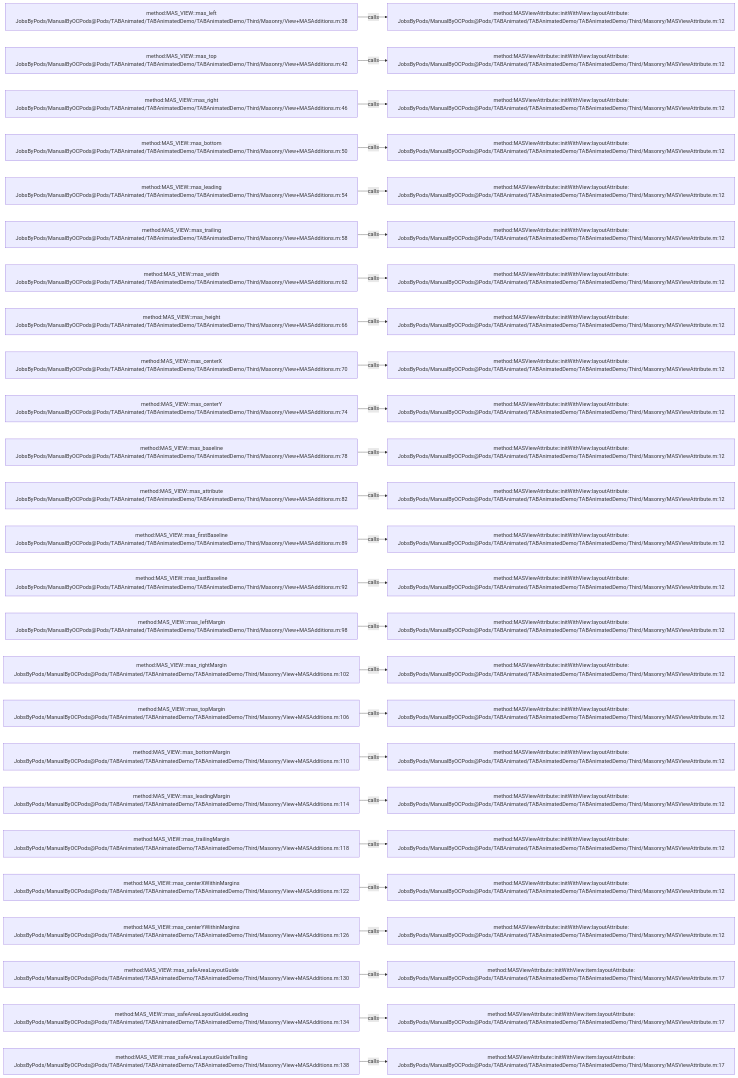
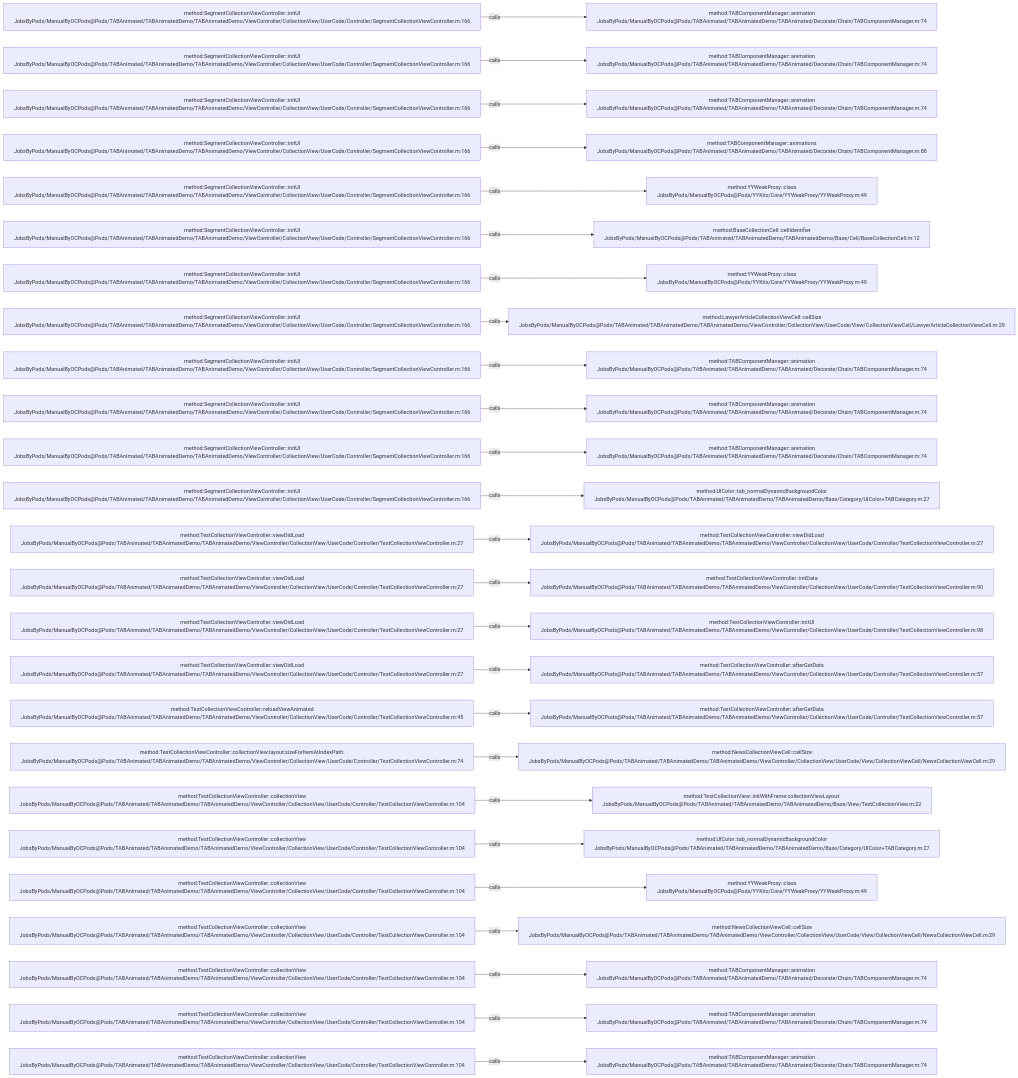
Before and after one commit to JobsKits/JobsOCBaseConfigDemo: the diagram in .codegraph/codegraph.md/graphs/calls-054.md, drawn with Mermaid. The commit also changed 1223 other files, not shown here.

````diff
--- a/.codegraph/codegraph.md/graphs/calls-054.md
+++ b/.codegraph/codegraph.md/graphs/calls-054.md
@@ -13,78 +13,78 @@
 ```mermaid
 flowchart LR
-  S1["method:MAS_VIEW::mas_left<br/>JobsByPods/ManualByOCPods@Pods/TABAnimated/TABAnimatedDemo/TABAnimatedDemo/Third/Masonry/View+MASAdditions.m:38"]
-  T1["method:MASViewAttribute::initWithView:layoutAttribute:<br/>JobsByPods/ManualByOCPods@Pods/TABAnimated/TABAnimatedDemo/TABAnimatedDemo/Third/Masonry/MASViewAttribute.m:12"]
+  S1["method:SegmentCollectionViewController::initUI<br/>JobsByPods/ManualByOCPods@Pods/TABAnimated/TABAnimatedDemo/TABAnimatedDemo/ViewController/CollectionView/UserCode/Controller/SegmentCollectionViewController.m:166"]
+  T1["method:TABComponentManager::animation<br/>JobsByPods/ManualByOCPods@Pods/TABAnimated/TABAnimatedDemo/TABAnimated/Decorate/Chain/TABComponentManager.m:74"]
   S1 -->|calls| T1
-  S2["method:MAS_VIEW::mas_top<br/>JobsByPods/ManualByOCPods@Pods/TABAnimated/TABAnimatedDemo/TABAnimatedDemo/Third/Masonry/View+MASAdditions.m:42"]
-  T2["method:MASViewAttribute::initWithView:layoutAttribute:<br/>JobsByPods/ManualByOCPods@Pods/TABAnimated/TABAnimatedDemo/TABAnimatedDemo/Third/Masonry/MASViewAttribute.m:12"]
+  S2["method:SegmentCollectionViewController::initUI<br/>JobsByPods/ManualByOCPods@Pods/TABAnimated/TABAnimatedDemo/TABAnimatedDemo/ViewController/CollectionView/UserCode/Controller/SegmentCollectionViewController.m:166"]
+  T2["method:TABComponentManager::animation<br/>JobsByPods/ManualByOCPods@Pods/TABAnimated/TABAnimatedDemo/TABAnimated/Decorate/Chain/TABComponentManager.m:74"]
   S2 -->|calls| T2
-  S3["method:MAS_VIEW::mas_right<br/>JobsByPods/ManualByOCPods@Pods/TABAnimated/TABAnimatedDemo/TABAnimatedDemo/Third/Masonry/View+MASAdditions.m:46"]
-  T3["method:MASViewAttribute::initWithView:layoutAttribute:<br/>JobsByPods/ManualByOCPods@Pods/TABAnimated/TABAnimatedDemo/TABAnimatedDemo/Third/Masonry/MASViewAttribute.m:12"]
+  S3["method:SegmentCollectionViewController::initUI<br/>JobsByPods/ManualByOCPods@Pods/TABAnimated/TABAnimatedDemo/TABAnimatedDemo/ViewController/CollectionView/UserCode/Controller/SegmentCollectionViewController.m:166"]
+  T3["method:TABComponentManager::animation<br/>JobsByPods/ManualByOCPods@Pods/TABAnimated/TABAnimatedDemo/TABAnimated/Decorate/Chain/TABComponentManager.m:74"]
   S3 -->|calls| T3
-  S4["method:MAS_VIEW::mas_bottom<br/>JobsByPods/ManualByOCPods@Pods/TABAnimated/TABAnimatedDemo/TABAnimatedDemo/Third/Masonry/View+MASAdditions.m:50"]
-  T4["method:MASViewAttribute::initWithView:layoutAttribute:<br/>JobsByPods/ManualByOCPods@Pods/TABAnimated/TABAnimatedDemo/TABAnimatedDemo/Third/Masonry/MASViewAttribute.m:12"]
+  S4["method:SegmentCollectionViewController::initUI<br/>JobsByPods/ManualByOCPods@Pods/TABAnimated/TABAnimatedDemo/TABAnimatedDemo/ViewController/CollectionView/UserCode/Controller/SegmentCollectionViewController.m:166"]
+  T4["method:TABComponentManager::animations<br/>JobsByPods/ManualByOCPods@Pods/TABAnimated/TABAnimatedDemo/TABAnimated/Decorate/Chain/TABComponentManager.m:88"]
   S4 -->|calls| T4
-  S5["method:MAS_VIEW::mas_leading<br/>JobsByPods/ManualByOCPods@Pods/TABAnimated/TABAnimatedDemo/TABAnimatedDemo/Third/Masonry/View+MASAdditions.m:54"]
-  T5["method:MASViewAttribute::initWithView:layoutAttribute:<br/>JobsByPods/ManualByOCPods@Pods/TABAnimated/TABAnimatedDemo/TABAnimatedDemo/Third/Masonry/MASViewAttribute.m:12"]
+  S5["method:SegmentCollectionViewController::initUI<br/>JobsByPods/ManualByOCPods@Pods/TABAnimated/TABAnimatedDemo/TABAnimatedDemo/ViewController/CollectionView/UserCode/Controller/SegmentCollectionViewController.m:166"]
+  T5["method:YYWeakProxy::class<br/>JobsByPods/ManualByOCPods@Pods/YYKits/Core/YYWeakProxy/YYWeakProxy.m:49"]
   S5 -->|calls| T5
-  S6["method:MAS_VIEW::mas_trailing<br/>JobsByPods/ManualByOCPods@Pods/TABAnimated/TABAnimatedDemo/TABAnimatedDemo/Third/Masonry/View+MASAdditions.m:58"]
-  T6["method:MASViewAttribute::initWithView:layoutAttribute:<br/>JobsByPods/ManualByOCPods@Pods/TABAnimated/TABAnimatedDemo/TABAnimatedDemo/Third/Masonry/MASViewAttribute.m:12"]
+  S6["method:SegmentCollectionViewController::initUI<br/>JobsByPods/ManualByOCPods@Pods/TABAnimated/TABAnimatedDemo/TABAnimatedDemo/ViewController/CollectionView/UserCode/Controller/SegmentCollectionViewController.m:166"]
+  T6["method:BaseCollectionCell::cellIdentifier<br/>JobsByPods/ManualByOCPods@Pods/TABAnimated/TABAnimatedDemo/TABAnimatedDemo/Base/Cell/BaseCollectionCell.m:12"]
   S6 -->|calls| T6
-  S7["method:MAS_VIEW::mas_width<br/>JobsByPods/ManualByOCPods@Pods/TABAnimated/TABAnimatedDemo/TABAnimatedDemo/Third/Masonry/View+MASAdditions.m:62"]
-  T7["method:MASViewAttribute::initWithView:layoutAttribute:<br/>JobsByPods/ManualByOCPods@Pods/TABAnimated/TABAnimatedDemo/TABAnimatedDemo/Third/Masonry/MASViewAttribute.m:12"]
+  S7["method:SegmentCollectionViewController::initUI<br/>JobsByPods/ManualByOCPods@Pods/TABAnimated/TABAnimatedDemo/TABAnimatedDemo/ViewController/CollectionView/UserCode/Controller/SegmentCollectionViewController.m:166"]
+  T7["method:YYWeakProxy::class<br/>JobsByPods/ManualByOCPods@Pods/YYKits/Core/YYWeakProxy/YYWeakProxy.m:49"]
   S7 -->|calls| T7
-  S8["method:MAS_VIEW::mas_height<br/>JobsByPods/ManualByOCPods@Pods/TABAnimated/TABAnimatedDemo/TABAnimatedDemo/Third/Masonry/View+MASAdditions.m:66"]
-  T8["method:MASViewAttribute::initWithView:layoutAttribute:<br/>JobsByPods/ManualByOCPods@Pods/TABAnimated/TABAnimatedDemo/TABAnimatedDemo/Third/Masonry/MASViewAttribute.m:12"]
+  S8["method:SegmentCollectionViewController::initUI<br/>JobsByPods/ManualByOCPods@Pods/TABAnimated/TABAnimatedDemo/TABAnimatedDemo/ViewController/CollectionView/UserCode/Controller/SegmentCollectionViewController.m:166"]
+  T8["method:LawyerArticleCollectionViewCell::cellSize<br/>JobsByPods/ManualByOCPods@Pods/TABAnimated/TABAnimatedDemo/TABAnimatedDemo/ViewController/CollectionView/UserCode/View/CollectionViewCell/LawyerArticleCollectionViewCell.m:29"]
   S8 -->|calls| T8
-  S9["method:MAS_VIEW::mas_centerX<br/>JobsByPods/ManualByOCPods@Pods/TABAnimated/TABAnimatedDemo/TABAnimatedDemo/Third/Masonry/View+MASAdditions.m:70"]
-  T9["method:MASViewAttribute::initWithView:layoutAttribute:<br/>JobsByPods/ManualByOCPods@Pods/TABAnimated/TABAnimatedDemo/TABAnimatedDemo/Third/Masonry/MASViewAttribute.m:12"]
+  S9["method:SegmentCollectionViewController::initUI<br/>JobsByPods/ManualByOCPods@Pods/TABAnimated/TABAnimatedDemo/TABAnimatedDemo/ViewController/CollectionView/UserCode/Controller/SegmentCollectionViewController.m:166"]
+  T9["method:TABComponentManager::animation<br/>JobsByPods/ManualByOCPods@Pods/TABAnimated/TABAnimatedDemo/TABAnimated/Decorate/Chain/TABComponentManager.m:74"]
   S9 -->|calls| T9
-  S10["method:MAS_VIEW::mas_centerY<br/>JobsByPods/ManualByOCPods@Pods/TABAnimated/TABAnimatedDemo/TABAnimatedDemo/Third/Masonry/View+MASAdditions.m:74"]
-  T10["method:MASViewAttribute::initWithView:layoutAttribute:<br/>JobsByPods/ManualByOCPods@Pods/TABAnimated/TABAnimatedDemo/TABAnimatedDemo/Third/Masonry/MASViewAttribute.m:12"]
+  S10["method:SegmentCollectionViewController::initUI<br/>JobsByPods/ManualByOCPods@Pods/TABAnimated/TABAnimatedDemo/TABAnimatedDemo/ViewController/CollectionView/UserCode/Controller/SegmentCollectionViewController.m:166"]
+  T10["method:TABComponentManager::animation<br/>JobsByPods/ManualByOCPods@Pods/TABAnimated/TABAnimatedDemo/TABAnimated/Decorate/Chain/TABComponentManager.m:74"]
   S10 -->|calls| T10
-  S11["method:MAS_VIEW::mas_baseline<br/>JobsByPods/ManualByOCPods@Pods/TABAnimated/TABAnimatedDemo/TABAnimatedDemo/Third/Masonry/View+MASAdditions.m:78"]
-  T11["method:MASViewAttribute::initWithView:layoutAttribute:<br/>JobsByPods/ManualByOCPods@Pods/TABAnimated/TABAnimatedDemo/TABAnimatedDemo/Third/Masonry/MASViewAttribute.m:12"]
+  S11["method:SegmentCollectionViewController::initUI<br/>JobsByPods/ManualByOCPods@Pods/TABAnimated/TABAnimatedDemo/TABAnimatedDemo/ViewController/CollectionView/UserCode/Controller/SegmentCollectionViewController.m:166"]
+  T11["method:TABComponentManager::animation<br/>JobsByPods/ManualByOCPods@Pods/TABAnimated/TABAnimatedDemo/TABAnimated/Decorate/Chain/TABComponentManager.m:74"]
   S11 -->|calls| T11
-  S12["method:MAS_VIEW::mas_attribute<br/>JobsByPods/ManualByOCPods@Pods/TABAnimated/TABAnimatedDemo/TABAnimatedDemo/Third/Masonry/View+MASAdditions.m:82"]
-  T12["method:MASViewAttribute::initWithView:layoutAttribute:<br/>JobsByPods/ManualByOCPods@Pods/TABAnimated/TABAnimatedDemo/TABAnimatedDemo/Third/Masonry/MASViewAttribute.m:12"]
+  S12["method:SegmentCollectionViewController::initUI<br/>JobsByPods/ManualByOCPods@Pods/TABAnimated/TABAnimatedDemo/TABAnimatedDemo/ViewController/CollectionView/UserCode/Controller/SegmentCollectionViewController.m:166"]
+  T12["method:UIColor::tab_normalDynamicBackgroundColor<br/>JobsByPods/ManualByOCPods@Pods/TABAnimated/TABAnimatedDemo/TABAnimatedDemo/Base/Category/UIColor+TABCategory.m:27"]
   S12 -->|calls| T12
-  S13["method:MAS_VIEW::mas_firstBaseline<br/>JobsByPods/ManualByOCPods@Pods/TABAnimated/TABAnimatedDemo/TABAnimatedDemo/Third/Masonry/View+MASAdditions.m:89"]
-  T13["method:MASViewAttribute::initWithView:layoutAttribute:<br/>JobsByPods/ManualByOCPods@Pods/TABAnimated/TABAnimatedDemo/TABAnimatedDemo/Third/Masonry/MASViewAttribute.m:12"]
+  S13["method:TestCollectionViewController::viewDidLoad<br/>JobsByPods/ManualByOCPods@Pods/TABAnimated/TABAnimatedDemo/TABAnimatedDemo/ViewController/CollectionView/UserCode/Controller/TestCollectionViewController.m:27"]
+  T13["method:TestCollectionViewController::viewDidLoad<br/>JobsByPods/ManualByOCPods@Pods/TABAnimated/TABAnimatedDemo/TABAnimatedDemo/ViewController/CollectionView/UserCode/Controller/TestCollectionViewController.m:27"]
   S13 -->|calls| T13
-  S14["method:MAS_VIEW::mas_lastBaseline<br/>JobsByPods/ManualByOCPods@Pods/TABAnimated/TABAnimatedDemo/TABAnimatedDemo/Third/Masonry/View+MASAdditions.m:92"]
-  T14["method:MASViewAttribute::initWithView:layoutAttribute:<br/>JobsByPods/ManualByOCPods@Pods/TABAnimated/TABAnimatedDemo/TABAnimatedDemo/Third/Masonry/MASViewAttribute.m:12"]
+  S14["method:TestCollectionViewController::viewDidLoad<br/>JobsByPods/ManualByOCPods@Pods/TABAnimated/TABAnimatedDemo/TABAnimatedDemo/ViewController/CollectionView/UserCode/Controller/TestCollectionViewController.m:27"]
+  T14["method:TestCollectionViewController::initData<br/>JobsByPods/ManualByOCPods@Pods/TABAnimated/TABAnimatedDemo/TABAnimatedDemo/ViewController/CollectionView/UserCode/Controller/TestCollectionViewController.m:90"]
   S14 -->|calls| T14
-  S15["method:MAS_VIEW::mas_leftMargin<br/>JobsByPods/ManualByOCPods@Pods/TABAnimated/TABAnimatedDemo/TABAnimatedDemo/Third/Masonry/View+MASAdditions.m:98"]
-  T15["method:MASViewAttribute::initWithView:layoutAttribute:<br/>JobsByPods/ManualByOCPods@Pods/TABAnimated/TABAnimatedDemo/TABAnimatedDemo/Third/Masonry/MASViewAttribute.m:12"]
+  S15["method:TestCollectionViewController::viewDidLoad<br/>JobsByPods/ManualByOCPods@Pods/TABAnimated/TABAnimatedDemo/TABAnimatedDemo/ViewController/CollectionView/UserCode/Controller/TestCollectionViewController.m:27"]
+  T15["method:TestCollectionViewController::initUI<br/>JobsByPods/ManualByOCPods@Pods/TABAnimated/TABAnimatedDemo/TABAnimatedDemo/ViewController/CollectionView/UserCode/Controller/TestCollectionViewController.m:98"]
   S15 -->|calls| T15
-  S16["method:MAS_VIEW::mas_rightMargin<br/>JobsByPods/ManualByOCPods@Pods/TABAnimated/TABAnimatedDemo/TABAnimatedDemo/Third/Masonry/View+MASAdditions.m:102"]
-  T16["method:MASViewAttribute::initWithView:layoutAttribute:<br/>JobsByPods/ManualByOCPods@Pods/TABAnimated/TABAnimatedDemo/TABAnimatedDemo/Third/Masonry/MASViewAttribute.m:12"]
+  S16["method:TestCollectionViewController::viewDidLoad<br/>JobsByPods/ManualByOCPods@Pods/TABAnimated/TABAnimatedDemo/TABAnimatedDemo/ViewController/CollectionView/UserCode/Controller/TestCollectionViewController.m:27"]
+  T16["method:TestCollectionViewController::afterGetData<br/>JobsByPods/ManualByOCPods@Pods/TABAnimated/TABAnimatedDemo/TABAnimatedDemo/ViewController/CollectionView/UserCode/Controller/TestCollectionViewController.m:57"]
   S16 -->|calls| T16
-  S17["method:MAS_VIEW::mas_topMargin<br/>JobsByPods/ManualByOCPods@Pods/TABAnimated/TABAnimatedDemo/TABAnimatedDemo/Third/Masonry/View+MASAdditions.m:106"]
-  T17["method:MASViewAttribute::initWithView:layoutAttribute:<br/>JobsByPods/ManualByOCPods@Pods/TABAnimated/TABAnimatedDemo/TABAnimatedDemo/Third/Masonry/MASViewAttribute.m:12"]
+  S17["method:TestCollectionViewController::reloadViewAnimated<br/>JobsByPods/ManualByOCPods@Pods/TABAnimated/TABAnimatedDemo/TABAnimatedDemo/ViewController/CollectionView/UserCode/Controller/TestCollectionViewController.m:45"]
+  T17["method:TestCollectionViewController::afterGetData<br/>JobsByPods/ManualByOCPods@Pods/TABAnimated/TABAnimatedDemo/TABAnimatedDemo/ViewController/CollectionView/UserCode/Controller/TestCollectionViewController.m:57"]
   S17 -->|calls| T17
-  S18["method:MAS_VIEW::mas_bottomMargin<br/>JobsByPods/ManualByOCPods@Pods/TABAnimated/TABAnimatedDemo/TABAnimatedDemo/Third/Masonry/View+MASAdditions.m:110"]
-  T18["method:MASViewAttribute::initWithView:layoutAttribute:<br/>JobsByPods/ManualByOCPods@Pods/TABAnimated/TABAnimatedDemo/TABAnimatedDemo/Third/Masonry/MASViewAttribute.m:12"]
+  S18["method:TestCollectionViewController::collectionView:layout:sizeForItemAtIndexPath:<br/>JobsByPods/ManualByOCPods@Pods/TABAnimated/TABAnimatedDemo/TABAnimatedDemo/ViewController/CollectionView/UserCode/Controller/TestCollectionViewController.m:74"]
+  T18["method:NewsCollectionViewCell::cellSize<br/>JobsByPods/ManualByOCPods@Pods/TABAnimated/TABAnimatedDemo/TABAnimatedDemo/ViewController/CollectionView/UserCode/View/CollectionViewCell/NewsCollectionViewCell.m:29"]
   S18 -->|calls| T18
-  S19["method:MAS_VIEW::mas_leadingMargin<br/>JobsByPods/ManualByOCPods@Pods/TABAnimated/TABAnimatedDemo/TABAnimatedDemo/Third/Masonry/View+MASAdditions.m:114"]
-  T19["method:MASViewAttribute::initWithView:layoutAttribute:<br/>JobsByPods/ManualByOCPods@Pods/TABAnimated/TABAnimatedDemo/TABAnimatedDemo/Third/Masonry/MASViewAttribute.m:12"]
+  S19["method:TestCollectionViewController::collectionView<br/>JobsByPods/ManualByOCPods@Pods/TABAnimated/TABAnimatedDemo/TABAnimatedDemo/ViewController/CollectionView/UserCode/Controller/TestCollectionViewController.m:104"]
+  T19["method:TestCollectionView::initWithFrame:collectionViewLayout:<br/>JobsByPods/ManualByOCPods@Pods/TABAnimated/TABAnimatedDemo/TABAnimatedDemo/Base/View/TestCollectionView.m:22"]
   S19 -->|calls| T19
-  S20["method:MAS_VIEW::mas_trailingMargin<br/>JobsByPods/ManualByOCPods@Pods/TABAnimated/TABAnimatedDemo/TABAnimatedDemo/Third/Masonry/View+MASAdditions.m:118"]
-  T20["method:MASViewAttribute::initWithView:layoutAttribute:<br/>JobsByPods/ManualByOCPods@Pods/TABAnimated/TABAnimatedDemo/TABAnimatedDemo/Third/Masonry/MASViewAttribute.m:12"]
+  S20["method:TestCollectionViewController::collectionView<br/>JobsByPods/ManualByOCPods@Pods/TABAnimated/TABAnimatedDemo/TABAnimatedDemo/ViewController/CollectionView/UserCode/Controller/TestCollectionViewController.m:104"]
+  T20["method:UIColor::tab_normalDynamicBackgroundColor<br/>JobsByPods/ManualByOCPods@Pods/TABAnimated/TABAnimatedDemo/TABAnimatedDemo/Base/Category/UIColor+TABCategory.m:27"]
   S20 -->|calls| T20
-  S21["method:MAS_VIEW::mas_centerXWithinMargins<br/>JobsByPods/ManualByOCPods@Pods/TABAnimated/TABAnimatedDemo/TABAnimatedDemo/Third/Masonry/View+MASAdditions.m:122"]
-  T21["method:MASViewAttribute::initWithView:layoutAttribute:<br/>JobsByPods/ManualByOCPods@Pods/TABAnimated/TABAnimatedDemo/TABAnimatedDemo/Third/Masonry/MASViewAttribute.m:12"]
+  S21["method:TestCollectionViewController::collectionView<br/>JobsByPods/ManualByOCPods@Pods/TABAnimated/TABAnimatedDemo/TABAnimatedDemo/ViewController/CollectionView/UserCode/Controller/TestCollectionViewController.m:104"]
+  T21["method:YYWeakProxy::class<br/>JobsByPods/ManualByOCPods@Pods/YYKits/Core/YYWeakProxy/YYWeakProxy.m:49"]
   S21 -->|calls| T21
-  S22["method:MAS_VIEW::mas_centerYWithinMargins<br/>JobsByPods/ManualByOCPods@Pods/TABAnimated/TABAnimatedDemo/TABAnimatedDemo/Third/Masonry/View+MASAdditions.m:126"]
-  T22["method:MASViewAttribute::initWithView:layoutAttribute:<br/>JobsByPods/ManualByOCPods@Pods/TABAnimated/TABAnimatedDemo/TABAnimatedDemo/Third/Masonry/MASViewAttribute.m:12"]
+  S22["method:TestCollectionViewController::collectionView<br/>JobsByPods/ManualByOCPods@Pods/TABAnimated/TABAnimatedDemo/TABAnimatedDemo/ViewController/CollectionView/UserCode/Controller/TestCollectionViewController.m:104"]
+  T22["method:NewsCollectionViewCell::cellSize<br/>JobsByPods/ManualByOCPods@Pods/TABAnimated/TABAnimatedDemo/TABAnimatedDemo/ViewController/CollectionView/UserCode/View/CollectionViewCell/NewsCollectionViewCell.m:29"]
   S22 -->|calls| T22
-  S23["method:MAS_VIEW::mas_safeAreaLayoutGuide<br/>JobsByPods/ManualByOCPods@Pods/TABAnimated/TABAnimatedDemo/TABAnimatedDemo/Third/Masonry/View+MASAdditions.m:130"]
-  T23["method:MASViewAttribute::initWithView:item:layoutAttribute:<br/>JobsByPods/ManualByOCPods@Pods/TABAnimated/TABAnimatedDemo/TABAnimatedDemo/Third/Masonry/MASViewAttribute.m:17"]
+  S23["method:TestCollectionViewController::collectionView<br/>JobsByPods/ManualByOCPods@Pods/TABAnimated/TABAnimatedDemo/TABAnimatedDemo/ViewController/CollectionView/UserCode/Controller/TestCollectionViewController.m:104"]
+  T23["method:TABComponentManager::animation<br/>JobsByPods/ManualByOCPods@Pods/TABAnimated/TABAnimatedDemo/TABAnimated/Decorate/Chain/TABComponentManager.m:74"]
   S23 -->|calls| T23
-  S24["method:MAS_VIEW::mas_safeAreaLayoutGuideLeading<br/>JobsByPods/ManualByOCPods@Pods/TABAnimated/TABAnimatedDemo/TABAnimatedDemo/Third/Masonry/View+MASAdditions.m:134"]
-  T24["method:MASViewAttribute::initWithView:item:layoutAttribute:<br/>JobsByPods/ManualByOCPods@Pods/TABAnimated/TABAnimatedDemo/TABAnimatedDemo/Third/Masonry/MASViewAttribute.m:17"]
+  S24["method:TestCollectionViewController::collectionView<br/>JobsByPods/ManualByOCPods@Pods/TABAnimated/TABAnimatedDemo/TABAnimatedDemo/ViewController/CollectionView/UserCode/Controller/TestCollectionViewController.m:104"]
+  T24["method:TABComponentManager::animation<br/>JobsByPods/ManualByOCPods@Pods/TABAnimated/TABAnimatedDemo/TABAnimated/Decorate/Chain/TABComponentManager.m:74"]
   S24 -->|calls| T24
-  S25["method:MAS_VIEW::mas_safeAreaLayoutGuideTrailing<br/>JobsByPods/ManualByOCPods@Pods/TABAnimated/TABAnimatedDemo/TABAnimatedDemo/Third/Masonry/View+MASAdditions.m:138"]
-  T25["method:MASViewAttribute::initWithView:item:layoutAttribute:<br/>JobsByPods/ManualByOCPods@Pods/TABAnimated/TABAnimatedDemo/TABAnimatedDemo/Third/Masonry/MASViewAttribute.m:17"]
+  S25["method:TestCollectionViewController::collectionView<br/>JobsByPods/ManualByOCPods@Pods/TABAnimated/TABAnimatedDemo/TABAnimatedDemo/ViewController/CollectionView/UserCode/Controller/TestCollectionViewController.m:104"]
+  T25["method:TABComponentManager::animation<br/>JobsByPods/ManualByOCPods@Pods/TABAnimated/TABAnimatedDemo/TABAnimated/Decorate/Chain/TABComponentManager.m:74"]
   S25 -->|calls| T25
 ```
````
